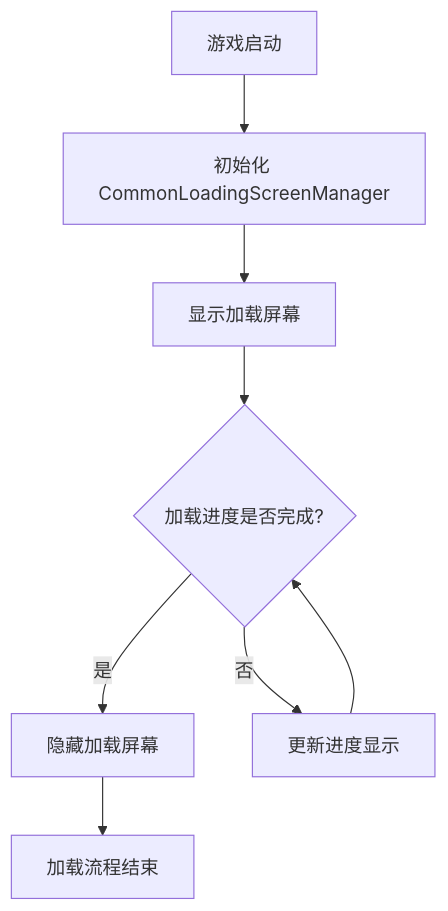
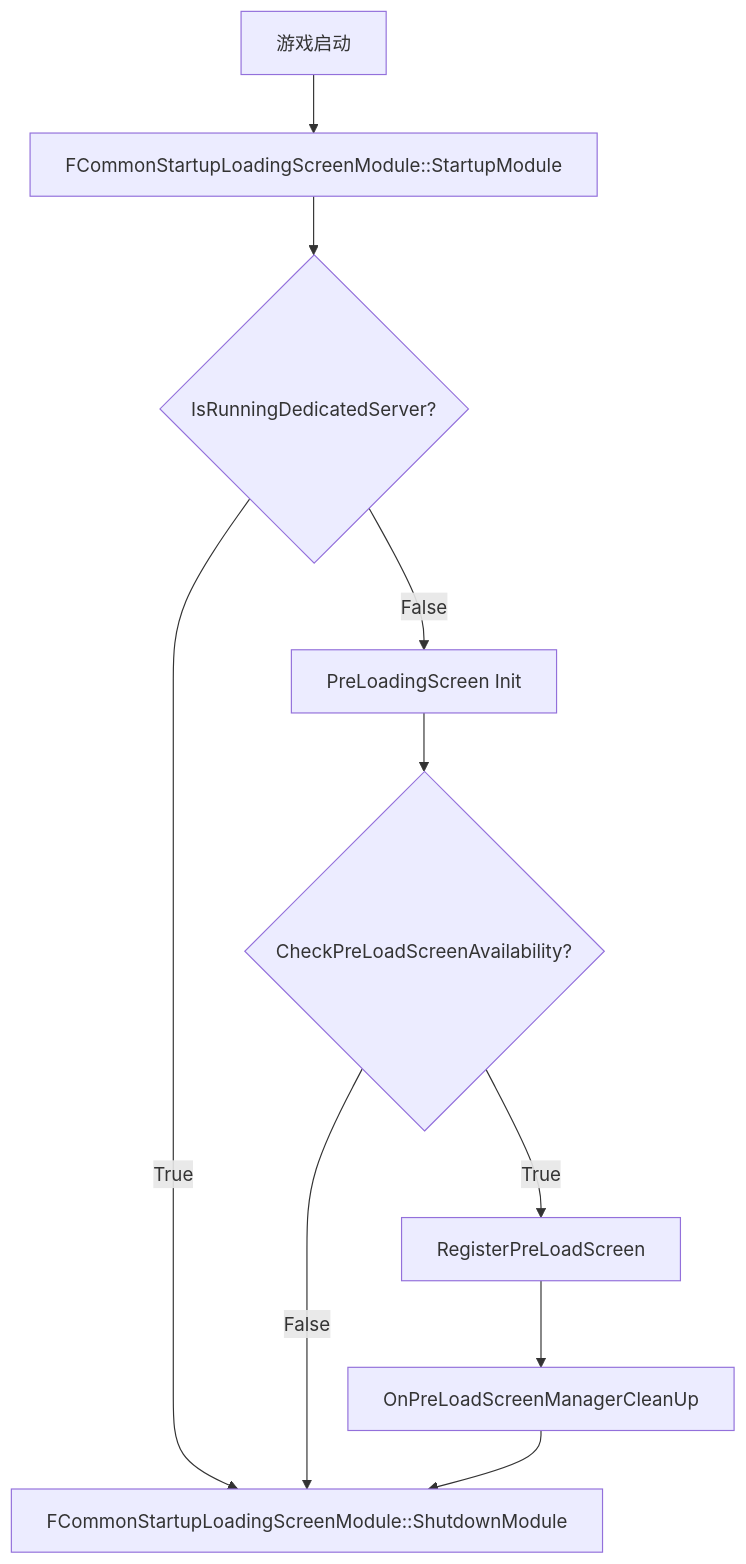
One commit to D-BugMaker/Markdown changed the second of 2 diagrams in 技术文档/技术调研/CommonLoadingScreen.md. Above: the diagram before and after it, drawn with Mermaid. The commit also changed other lines of this file and 2 other files, not shown here.

````diff
--- a/技术文档/技术调研/CommonLoadingScreen.md
+++ b/技术文档/技术调研/CommonLoadingScreen.md
@@ -165,11 +125,12 @@
 ```mermaid
-graph TD
-    Start[游戏启动] --> InitManager[初始化 CommonLoadingScreenManager]
-    InitManager --> ShowScreen[显示加载屏幕]
-    ShowScreen --> CheckProgress{加载进度是否完成?}
-    CheckProgress -- 是 --> HideScreen[隐藏加载屏幕]
-    HideScreen --> End[加载流程结束]
-    CheckProgress -- 否 --> UpdateProgress[更新进度显示]
-    UpdateProgress --> CheckProgress
-
+graph TD    
+    Start[游戏启动] --> StartupModule[FCommonStartupLoadingScreenModule::StartupModule]
+    StartupModule --> IsRunningDedicatedServer{IsRunningDedicatedServer?}
+    IsRunningDedicatedServer --True--> End[FCommonStartupLoadingScreenModule::ShutdownModule]
+    IsRunningDedicatedServer --False--> Init[PreLoadingScreen Init]
+    Init --> CheckPreLoadScreenAvailability{CheckPreLoadScreenAvailability?}
+    CheckPreLoadScreenAvailability --True--> Register[RegisterPreLoadScreen]
+    CheckPreLoadScreenAvailability --False--> End
+    Register --> OnPreLoadScreenManagerCleanUp[OnPreLoadScreenManagerCleanUp]
+    OnPreLoadScreenManagerCleanUp --> End
 ```
````
